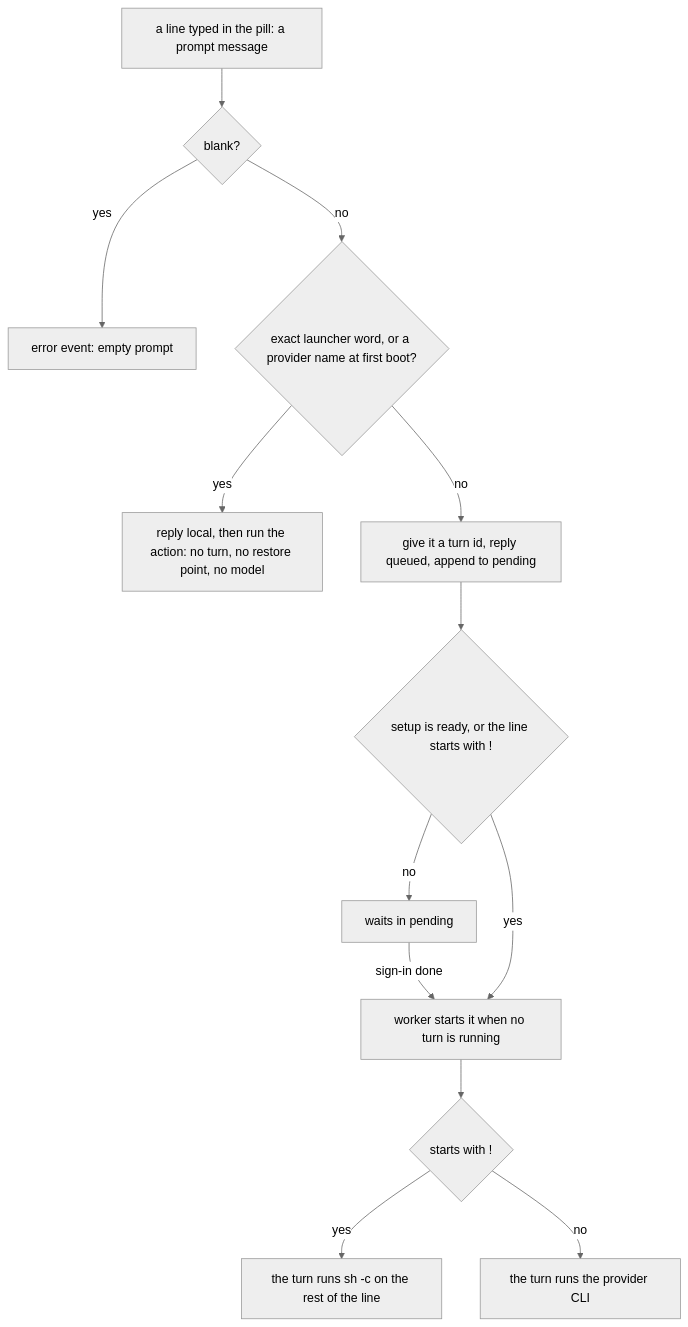
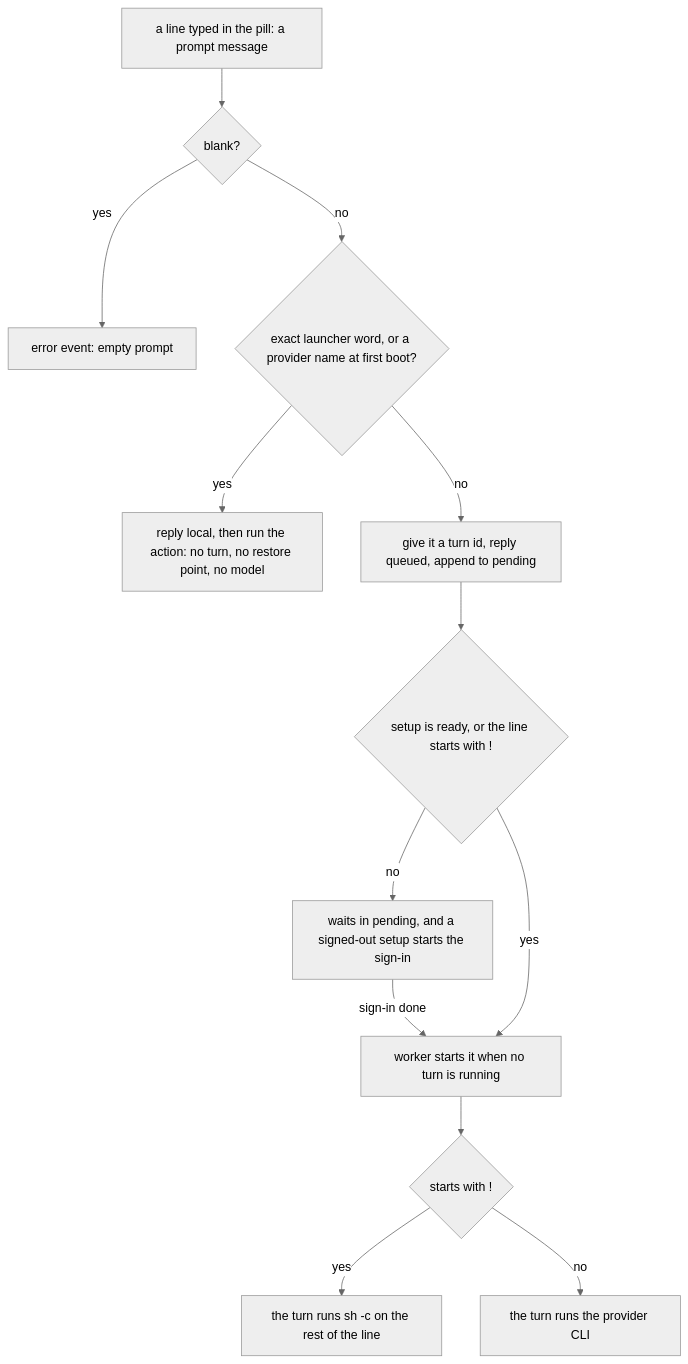
One commit to thedefaultman/Bombadil changed the second of 2 diagrams in docs/architecture/agentd.md. Above: the diagram before and after it, drawn with Mermaid (neutral theme). The commit also changed other lines of this file and 26 other files, not shown here.

First line of the commit message:
docs: work in progress on architecture pages, decision log, reference, security model, UX flows, forking guide

````diff
--- a/docs/architecture/agentd.md
+++ b/docs/architecture/agentd.md
@@ -62,15 +66,15 @@
 ```mermaid
 flowchart TB
     typed["a line typed in the pill: a prompt message"] --> blank{"blank?"}
     blank -- yes --> err["error event: empty prompt"]
     blank -- no --> word{"exact launcher word, or a provider name at first boot?"}
     word -- yes --> local["reply local, then run the action: no turn, no restore point, no model"]
     word -- no --> queue["give it a turn id, reply queued, append to pending"]
     queue --> ready{"setup is ready, or the line starts with !"}
-    ready -- no --> wait["waits in pending"]
+    ready -- no --> wait["waits in pending, and a signed-out setup starts the sign-in"]
     wait -- sign-in done --> worker
     ready -- yes --> worker["worker starts it when no turn is running"]
     worker --> bang{"starts with !"}
     bang -- yes --> sh["the turn runs sh -c on the rest of the line"]
     bang -- no --> cli["the turn runs the provider CLI"]
 ```
````
